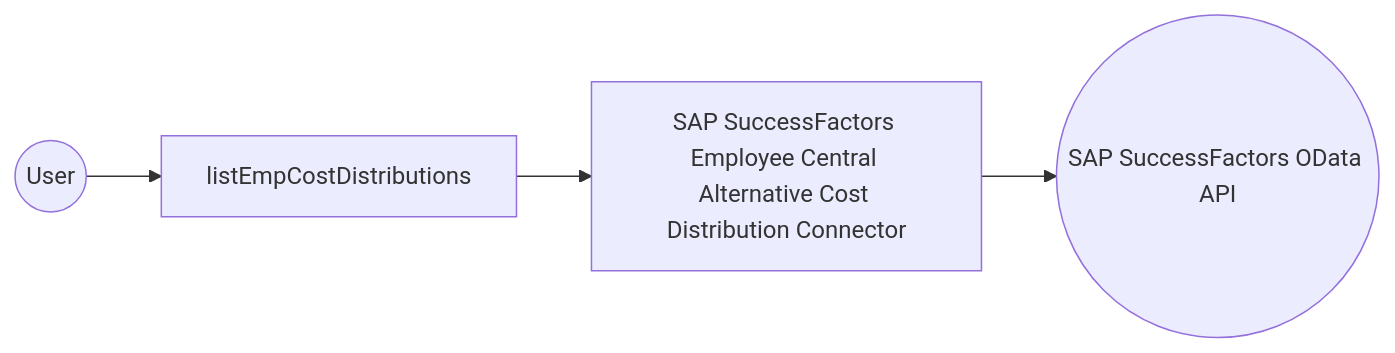
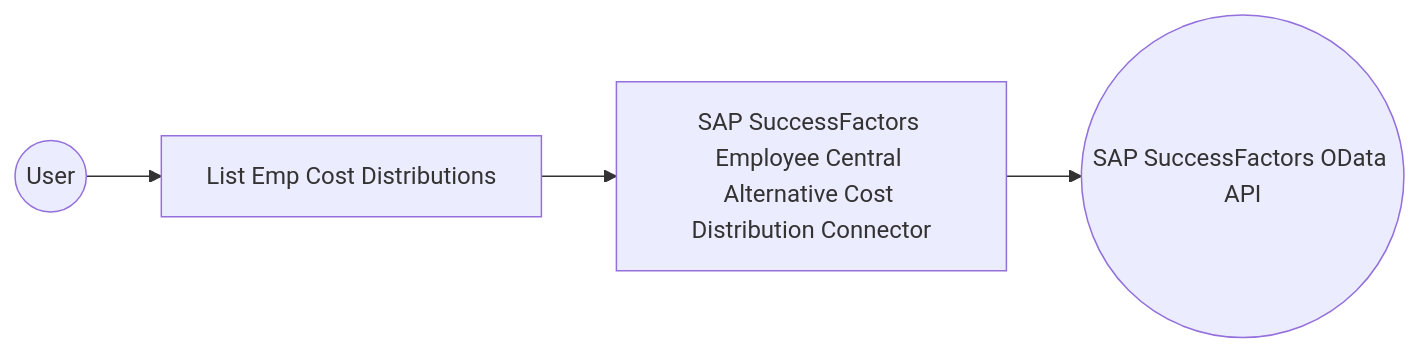
One commit to wso2/docs-integrator changed the diagram in en/docs/connectors/catalog/hrms/sap.successfactors.ecalternativecostdistribution/example.md. Above: the diagram before and after it, drawn with Mermaid. The commit also changed other lines of this file and 6 other files, not shown here.

````diff
--- a/en/docs/connectors/catalog/hrms/sap.successfactors.ecalternativecostdistribution/example.md
+++ b/en/docs/connectors/catalog/hrms/sap.successfactors.ecalternativecostdistribution/example.md
@@ -12,6 +12,6 @@
 ```mermaid
 flowchart LR
-    A((User)) --> B[listEmpCostDistributions]
+    A((User)) --> B[List Emp Cost Distributions]
     B --> C[SAP SuccessFactors Employee Central Alternative Cost Distribution Connector]
     C --> D((SAP SuccessFactors OData API))
 ```
````
